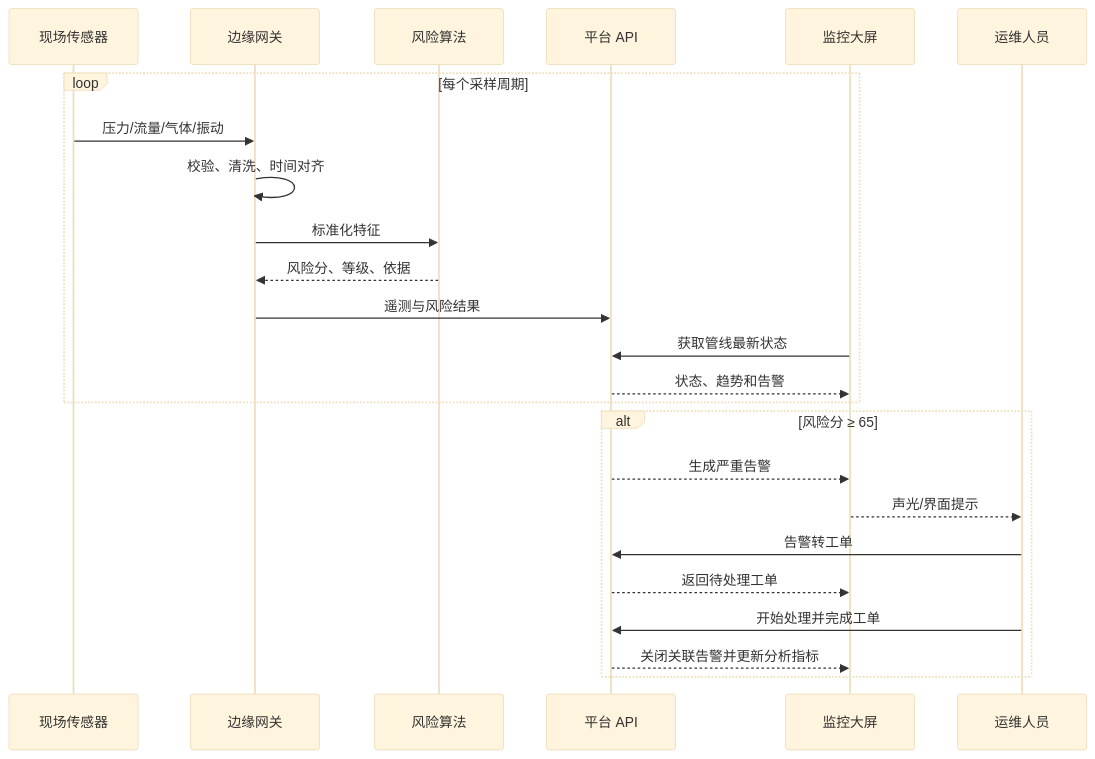
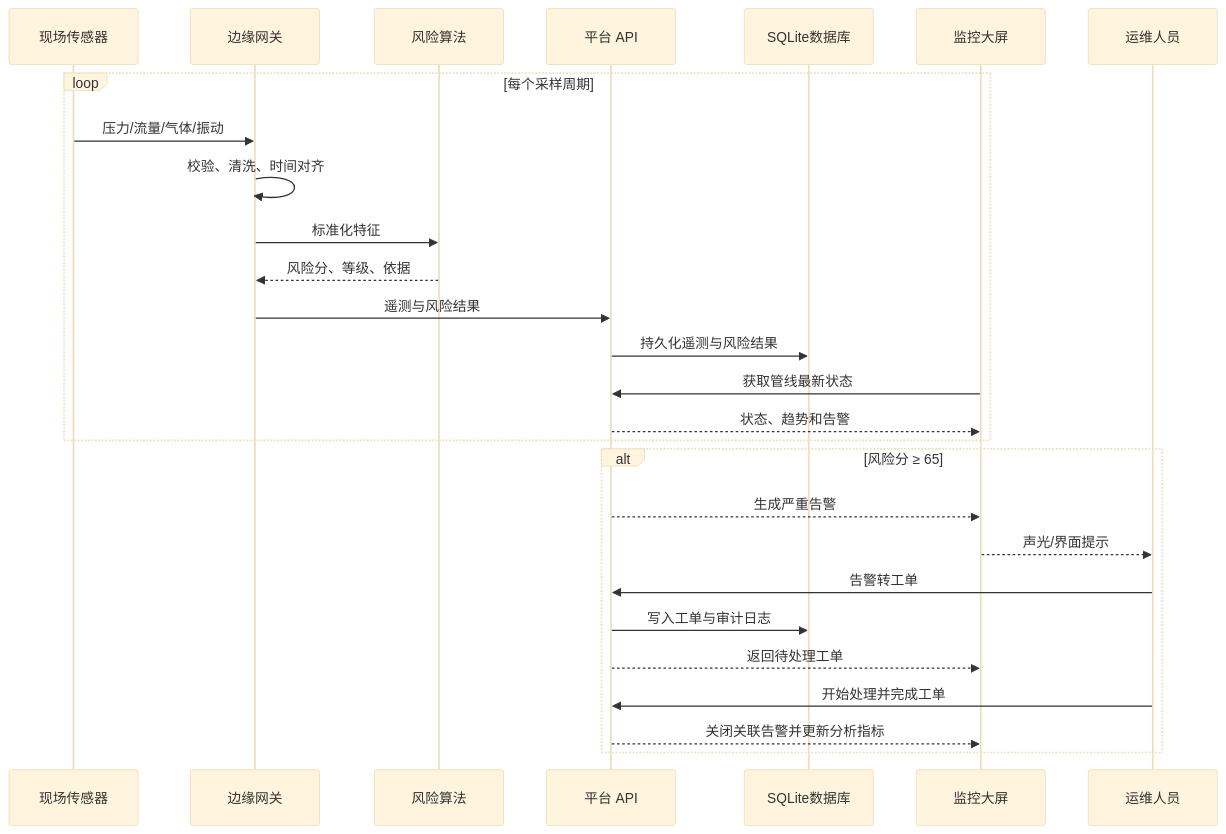
Before and after one commit to lihanyu050826/PipeGuard: the diagram in docs/architecture.md, drawn with Mermaid (base theme). The commit also changed other lines of this file and 17 other files, not shown here.

````diff
--- a/docs/architecture.md
+++ b/docs/architecture.md
@@ -43,27 +43,30 @@
 ```mermaid
 sequenceDiagram
     participant S as 现场传感器
     participant E as 边缘网关
     participant A as 风险算法
     participant P as 平台 API
+    participant D as SQLite数据库
     participant W as 监控大屏
     participant O as 运维人员
 
     loop 每个采样周期
         S->>E: 压力/流量/气体/振动
         E->>E: 校验、清洗、时间对齐
         E->>A: 标准化特征
         A-->>E: 风险分、等级、依据
         E->>P: 遥测与风险结果
+        P->>D: 持久化遥测与风险结果
         W->>P: 获取管线最新状态
         P-->>W: 状态、趋势和告警
     end
     alt 风险分 ≥ 65
         P-->>W: 生成严重告警
         W-->>O: 声光/界面提示
         O->>P: 告警转工单
+        P->>D: 写入工单与审计日志
         P-->>W: 返回待处理工单
         O->>P: 开始处理并完成工单
         P-->>W: 关闭关联告警并更新分析指标
     end
 ```
````
